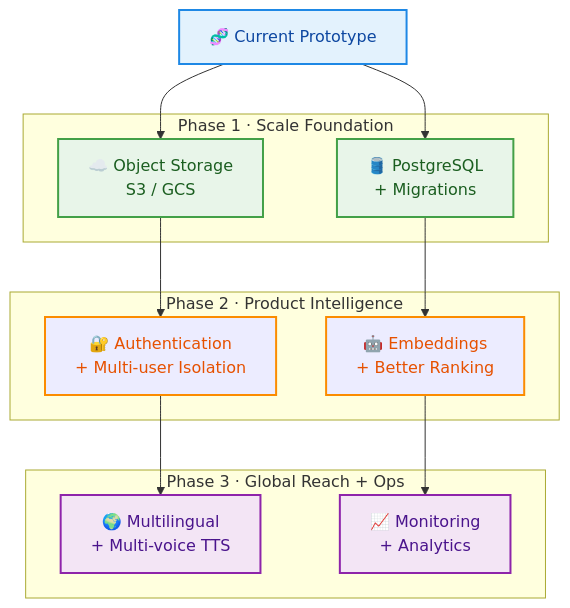
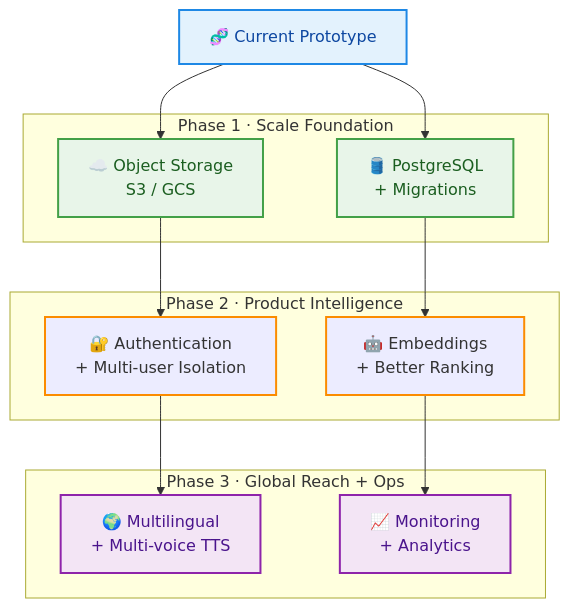
Before and after one commit to Ankitarai27/Adobe-Hackathon-2025: the fifth of 5 diagrams in README.md, drawn with Mermaid.

Commit message:
Fix stroke definition for phase2 in README.md

````diff
--- a/README.md
+++ b/README.md
@@ -329,32 +329,32 @@
 ```mermaid
 flowchart TB
     A[🧬 Current Prototype]
 
     subgraph P1[Phase 1 · Scale Foundation]
       B[☁️ Object Storage\nS3 / GCS]
       C[🛢️ PostgreSQL\n+ Migrations]
     end
 
     subgraph P2[Phase 2 · Product Intelligence]
       D[🔐 Authentication\n+ Multi-user Isolation]
       E[🤖 Embeddings\n+ Better Ranking]
     end
 
     subgraph P3[Phase 3 · Global Reach + Ops]
       F[🌍 Multilingual\n+ Multi-voice TTS]
       G[📈 Monitoring\n+ Analytics]
     end
 
     A --> B --> D --> F
     A --> C --> E --> G
 
     classDef current fill:#E3F2FD,stroke:#1E88E5,color:#0D47A1,stroke-width:2px;
     classDef phase1 fill:#E8F5E9,stroke:#43A047,color:#1B5E20,stroke-width:2px;
-    classDef phase2 stroke:#FB8C00,color:#E65100,stroke-width:2px;
+    classDef phase2 stroke:#FB8C00,stroke-width:2px;
     classDef phase3 fill:#F3E5F5,stroke:#8E24AA,color:#4A148C,stroke-width:2px;
 
     class A current;
     class B,C phase1;
     class D,E phase2;
     class F,G phase3;
 ```
````
